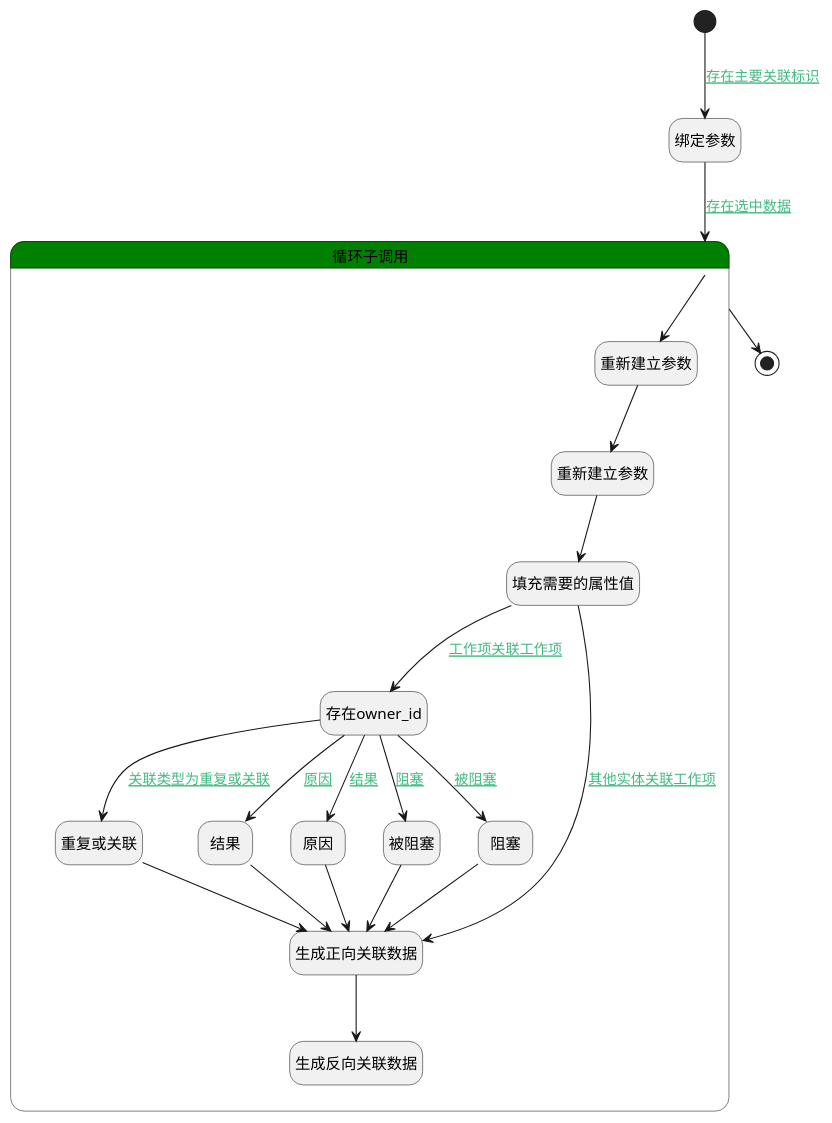
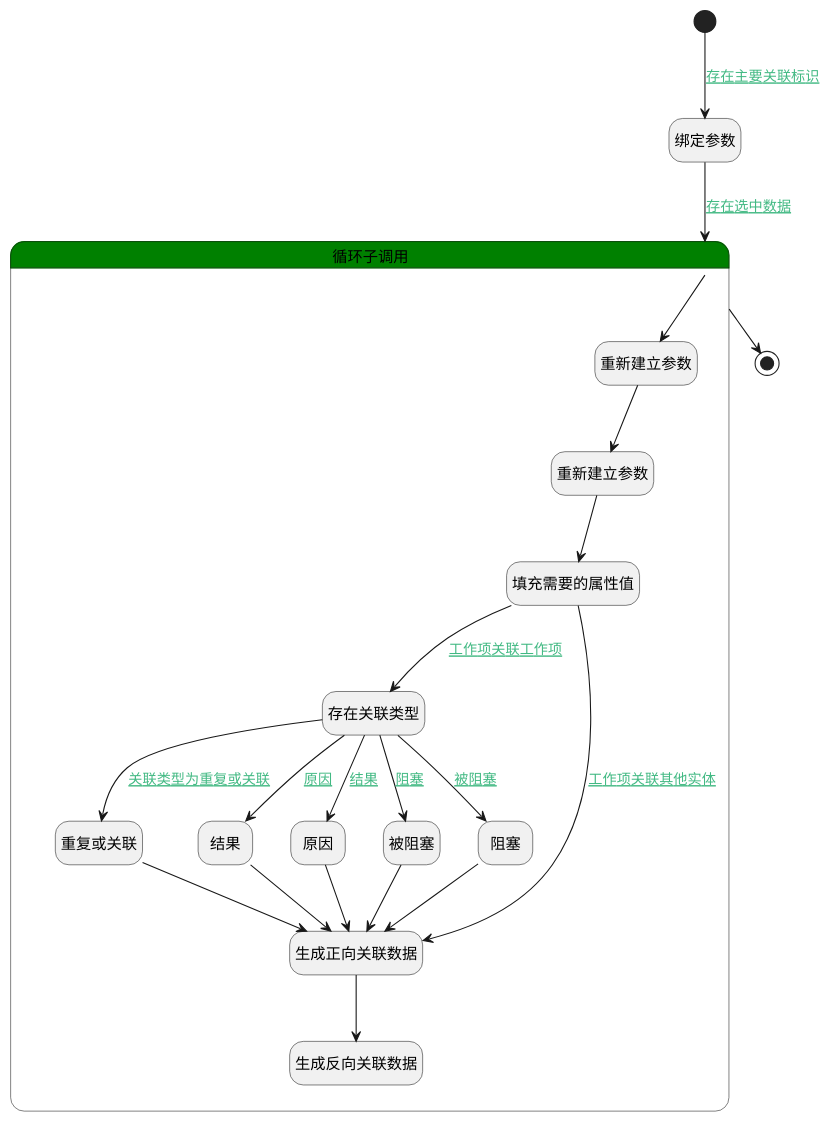
One commit to iBizLab/plm changed the diagram in doc/docsify/module/ProjMgmt/work_item/logic/others_relation_work_item.md. Above: the diagram before and after it, drawn with PlantUML. The commit also changed other lines of this file and 2688 other files, not shown here.

````diff
--- a/doc/docsify/module/ProjMgmt/work_item/logic/others_relation_work_item.md
+++ b/doc/docsify/module/ProjMgmt/work_item/logic/others_relation_work_item.md
@@ -7,51 +7,51 @@
 ```plantuml
 @startuml
 hide empty description
 <style>
 root {
   HyperlinkColor #42b983
 }
 </style>
 
 hide empty description
 state "开始" as Begin <<start>> [[$./others_relation_work_item#begin {"开始"}]]
 state "绑定参数" as BINDPARAM1  [[$./others_relation_work_item#bindparam1 {"绑定参数"}]]
 state "结束" as END1 <<end>> [[$./others_relation_work_item#end1 {"结束"}]]
 state "循环子调用" as LOOPSUBCALL1  [[$./others_relation_work_item#loopsubcall1 {"循环子调用"}]] #green {
 state "重新建立参数" as RENEWPARAM1  [[$./others_relation_work_item#renewparam1 {"重新建立参数"}]]
 state "重新建立参数" as RENEWPARAM2  [[$./others_relation_work_item#renewparam2 {"重新建立参数"}]]
 state "填充需要的属性值" as PREPAREPARAM1  [[$./others_relation_work_item#prepareparam1 {"填充需要的属性值"}]]
-state "存在owner_id" as PREPAREPARAM2  [[$./others_relation_work_item#prepareparam2 {"存在owner_id"}]]
+state "存在关联类型" as PREPAREPARAM2  [[$./others_relation_work_item#prepareparam2 {"存在关联类型"}]]
 state "重复或关联" as PREPAREPARAM3  [[$./others_relation_work_item#prepareparam3 {"重复或关联"}]]
 state "结果" as PREPAREPARAM4  [[$./others_relation_work_item#prepareparam4 {"结果"}]]
 state "原因" as PREPAREPARAM5  [[$./others_relation_work_item#prepareparam5 {"原因"}]]
 state "被阻塞" as PREPAREPARAM6  [[$./others_relation_work_item#prepareparam6 {"被阻塞"}]]
 state "阻塞" as PREPAREPARAM7  [[$./others_relation_work_item#prepareparam7 {"阻塞"}]]
 state "生成正向关联数据" as DEACTION1  [[$./others_relation_work_item#deaction1 {"生成正向关联数据"}]]
 state "生成反向关联数据" as DEACTION2  [[$./others_relation_work_item#deaction2 {"生成反向关联数据"}]]
 }
 
 
 Begin --> BINDPARAM1 : [[$./others_relation_work_item#begin-bindparam1{存在主要关联标识} 存在主要关联标识]]
 BINDPARAM1 --> LOOPSUBCALL1 : [[$./others_relation_work_item#bindparam1-loopsubcall1{存在选中数据} 存在选中数据]]
 LOOPSUBCALL1 --> RENEWPARAM1
 RENEWPARAM1 --> RENEWPARAM2
 RENEWPARAM2 --> PREPAREPARAM1
 PREPAREPARAM1 --> PREPAREPARAM2 : [[$./others_relation_work_item#prepareparam1-prepareparam2{工作项关联工作项} 工作项关联工作项]]
 PREPAREPARAM2 --> PREPAREPARAM3 : [[$./others_relation_work_item#prepareparam2-prepareparam3{关联类型为重复或关联} 关联类型为重复或关联]]
 PREPAREPARAM3 --> DEACTION1
 DEACTION1 --> DEACTION2
 PREPAREPARAM2 --> PREPAREPARAM4 : [[$./others_relation_work_item#prepareparam2-prepareparam4{原因} 原因]]
 PREPAREPARAM4 --> DEACTION1
 PREPAREPARAM2 --> PREPAREPARAM5 : [[$./others_relation_work_item#prepareparam2-prepareparam5{结果} 结果]]
 PREPAREPARAM5 --> DEACTION1
 PREPAREPARAM2 --> PREPAREPARAM6 : [[$./others_relation_work_item#prepareparam2-prepareparam6{阻塞} 阻塞]]
 PREPAREPARAM6 --> DEACTION1
 PREPAREPARAM2 --> PREPAREPARAM7 : [[$./others_relation_work_item#prepareparam2-prepareparam7{被阻塞} 被阻塞]]
 PREPAREPARAM7 --> DEACTION1
-PREPAREPARAM1 --> DEACTION1 : [[$./others_relation_work_item#prepareparam1-deaction1{其他实体关联工作项} 其他实体关联工作项]]
+PREPAREPARAM1 --> DEACTION1 : [[$./others_relation_work_item#prepareparam1-deaction1{工作项关联其他实体} 工作项关联其他实体]]
 LOOPSUBCALL1 --> END1
 
 
 @enduml
 ```
````
